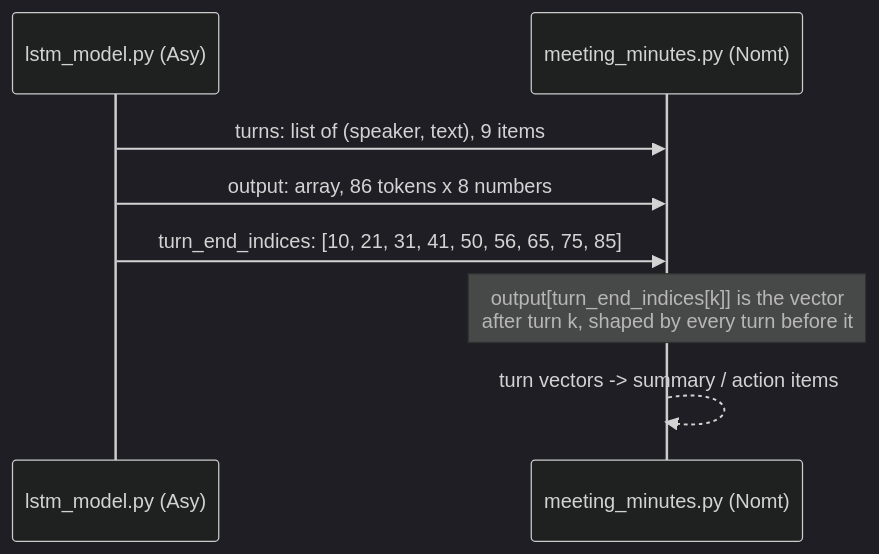
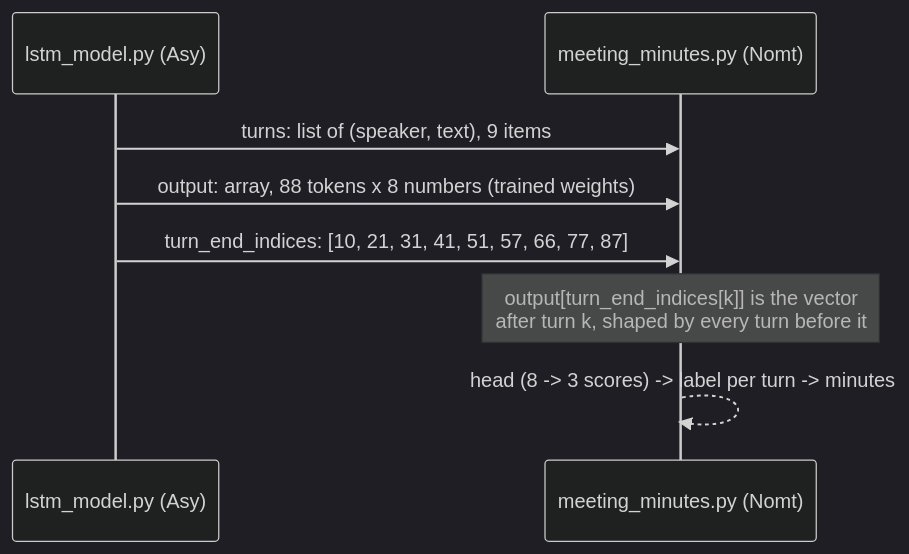
One commit to Asyxddiq/mlda-audio-workshop changed the fourth of 4 diagrams in progress.md. Above: the diagram before and after it, drawn with Mermaid (dark theme). The commit also changed other lines of this file and 2 other files, not shown here.

First line of the commit message:
Document the trained model, dataset and locked labelling rules

````diff
--- a/progress.md
+++ b/progress.md
@@ -196,10 +209,10 @@
 ```mermaid
 sequenceDiagram
     participant L as lstm_model.py (Asy)
     participant M as meeting_minutes.py (Nomt)
     L->>M: turns: list of (speaker, text), 9 items
-    L->>M: output: array, 86 tokens x 8 numbers
-    L->>M: turn_end_indices: [10, 21, 31, 41, 50, 56, 65, 75, 85]
+    L->>M: output: array, 88 tokens x 8 numbers (trained weights)
+    L->>M: turn_end_indices: [10, 21, 31, 41, 51, 57, 66, 77, 87]
     Note over M: output[turn_end_indices[k]] is the vector<br/>after turn k, shaped by every turn before it
-    M-->>M: turn vectors -> summary / action items
+    M-->>M: head (8 -> 3 scores) -> label per turn -> minutes
 ```
````
